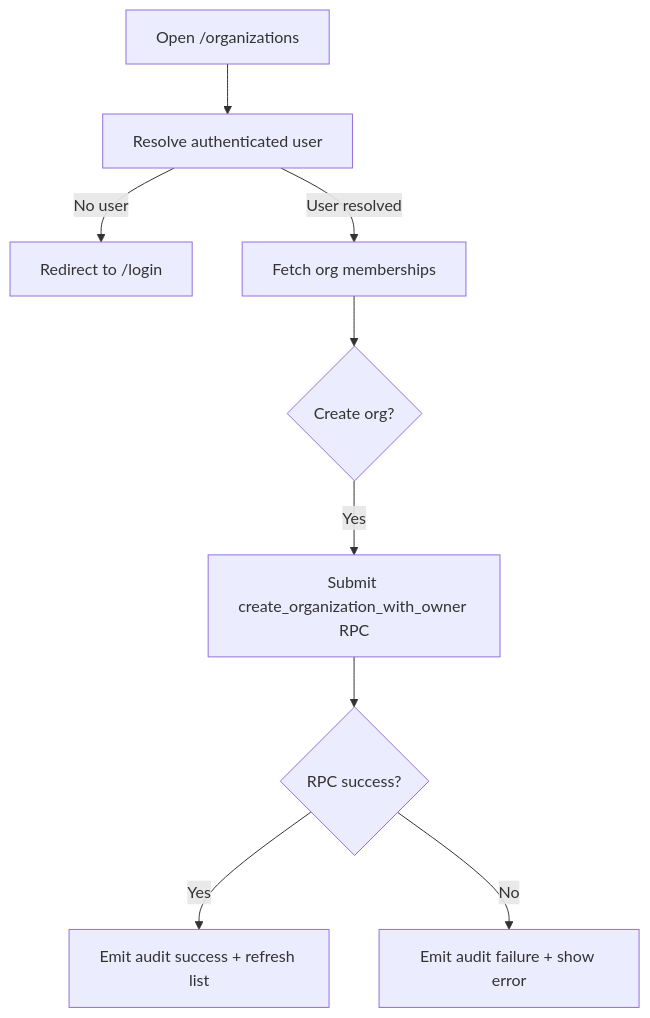
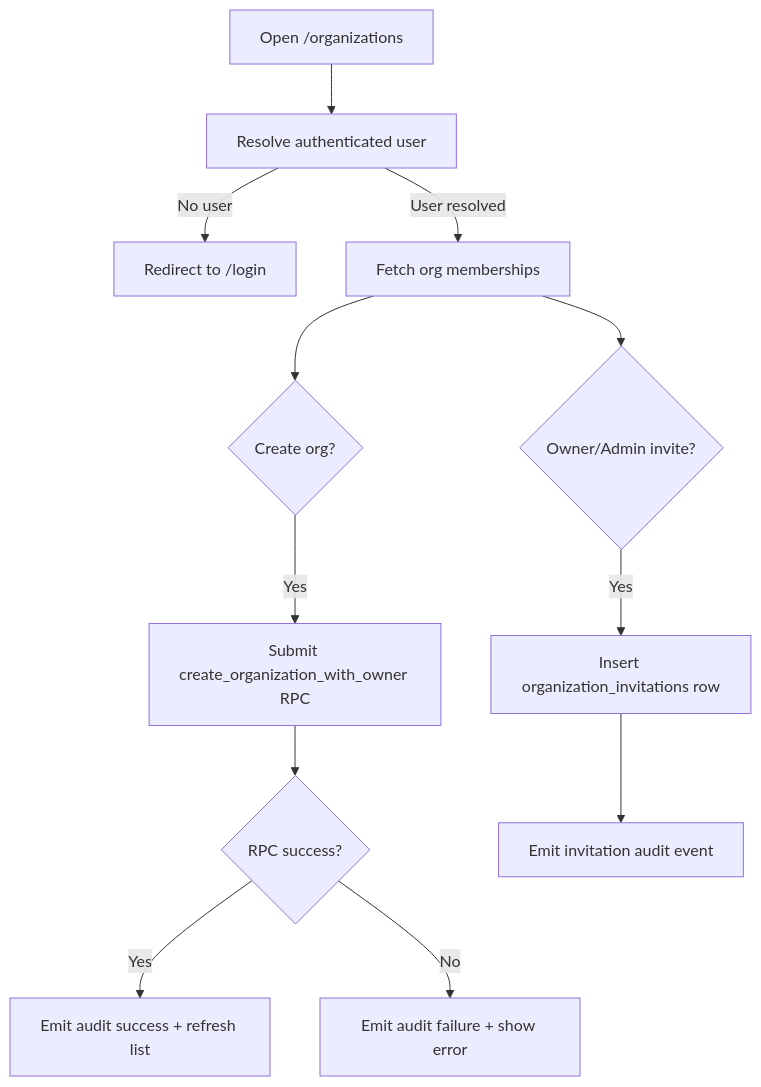
Before and after one commit to AmanVatsSharma/AiCloudStorage: the diagram in app/components/organizations/README.md, drawn with Mermaid. The commit also changed other lines of this file and 2 other files, not shown here.

Commit message:
Add organization invitation workflow for owners and admins

````diff
--- a/app/components/organizations/README.md
+++ b/app/components/organizations/README.md
@@ -20,11 +24,14 @@
 ```mermaid
 flowchart TD
   A[Open /organizations] --> B[Resolve authenticated user]
   B -->|No user| C[Redirect to /login]
   B -->|User resolved| D[Fetch org memberships]
   D --> E{Create org?}
   E -->|Yes| F[Submit create_organization_with_owner RPC]
   F --> G{RPC success?}
   G -->|Yes| H[Emit audit success + refresh list]
   G -->|No| I[Emit audit failure + show error]
+  D --> J{Owner/Admin invite?}
+  J -->|Yes| K[Insert organization_invitations row]
+  K --> L[Emit invitation audit event]
 ```
````
